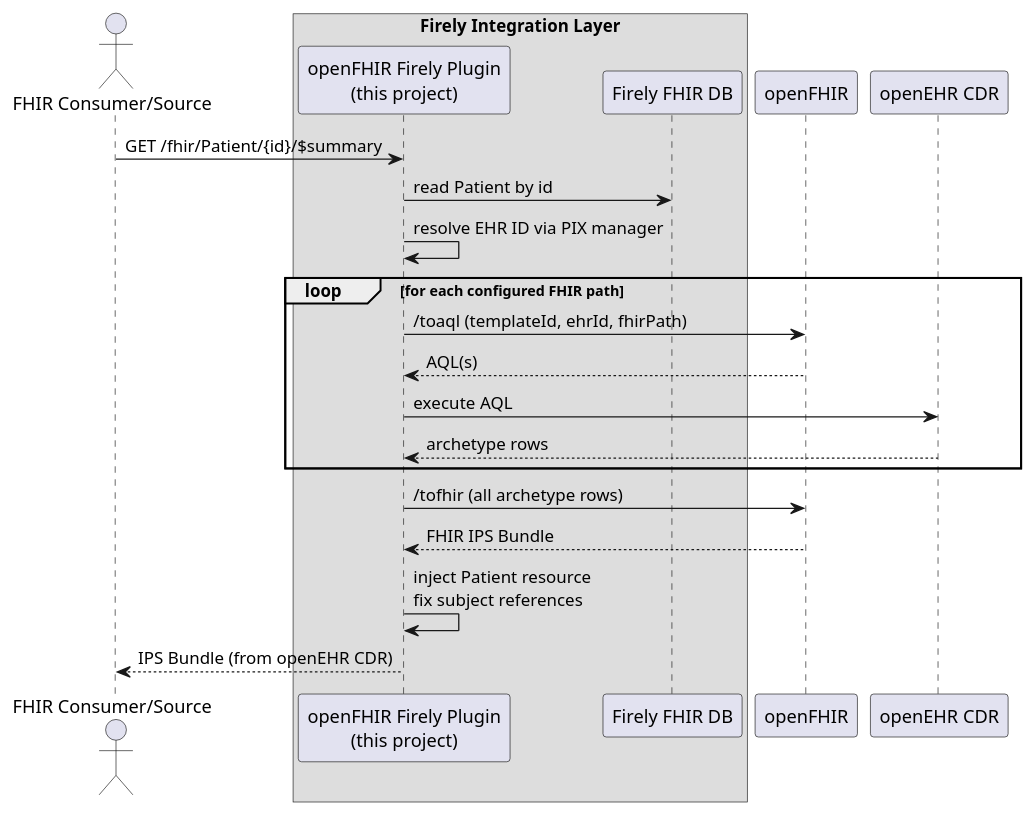
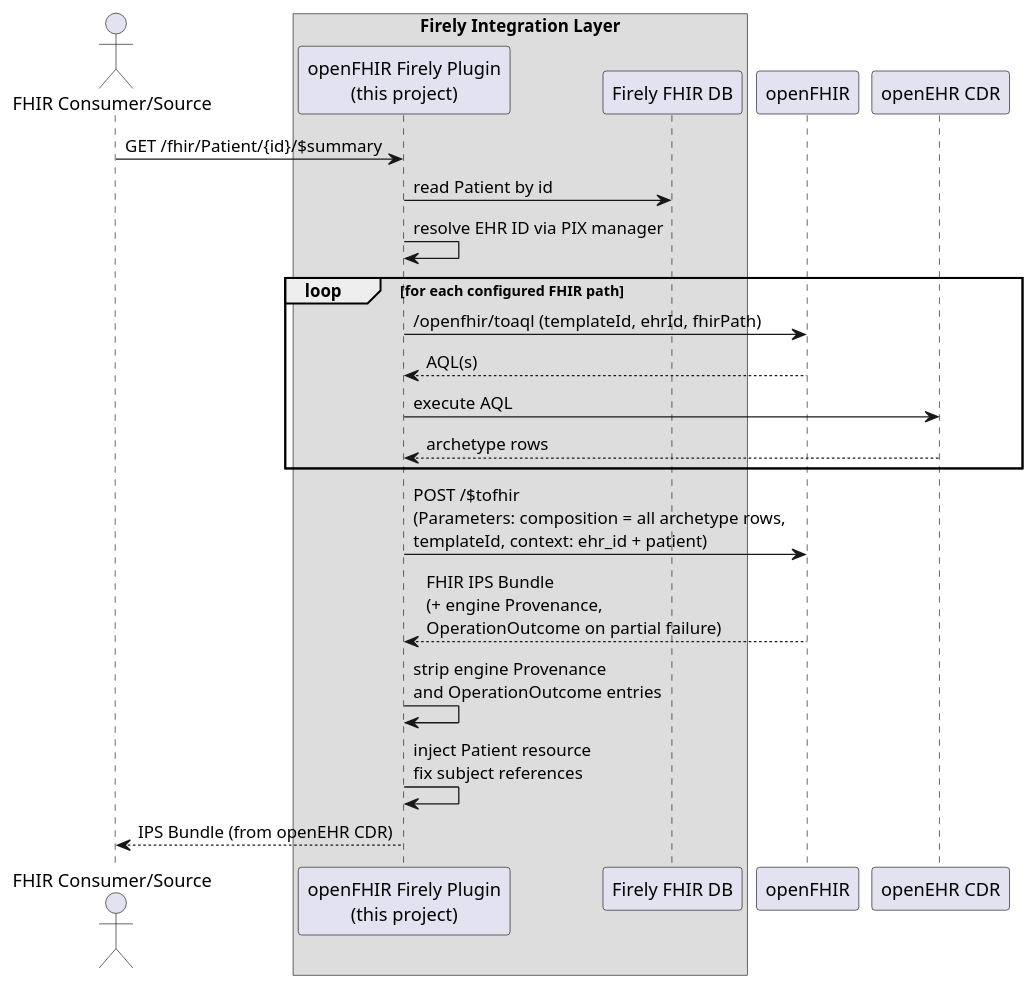
One commit to openFHIR/openfhir-firely-plugin changed the diagram in fhir_summary.puml. Above: the diagram before and after it, drawn with PlantUML. The commit also changed 18 other files, not shown here.

```diff
--- a/fhir_summary.puml
+++ b/fhir_summary.puml
@@ -1,34 +1,36 @@
 @startuml fhir_summary
 
 actor "FHIR Consumer/Source" as consumer
 
 box "Firely Integration Layer"
     participant "openFHIR Firely Plugin\n(this project)" as facade
     participant "Firely FHIR DB" as firely
 end box
 
 
 participant "openFHIR" as openfhir
 participant "openEHR CDR" as cdr
 
 consumer -> facade : GET /fhir/Patient/{id}/$summary
 
 facade -> firely : read Patient by id
 
 facade -> facade : resolve EHR ID via PIX manager
 
 loop for each configured FHIR path
-    facade -> openfhir : /toaql (templateId, ehrId, fhirPath)
+    facade -> openfhir : /openfhir/toaql (templateId, ehrId, fhirPath)
     openfhir --> facade : AQL(s)
     facade -> cdr : execute AQL
     cdr --> facade : archetype rows
 end
 
-facade -> openfhir : /tofhir (all archetype rows)
-openfhir --> facade : FHIR IPS Bundle
+facade -> openfhir : POST /$tofhir\n(Parameters: composition = all archetype rows,\ntemplateId, context: ehr_id + patient)
+openfhir --> facade : FHIR IPS Bundle\n(+ engine Provenance,\nOperationOutcome on partial failure)
+
+facade -> facade : strip engine Provenance\nand OperationOutcome entries
 
 facade -> facade : inject Patient resource\nfix subject references
 facade --> consumer : IPS Bundle (from openEHR CDR)
 
 
 @enduml
```
